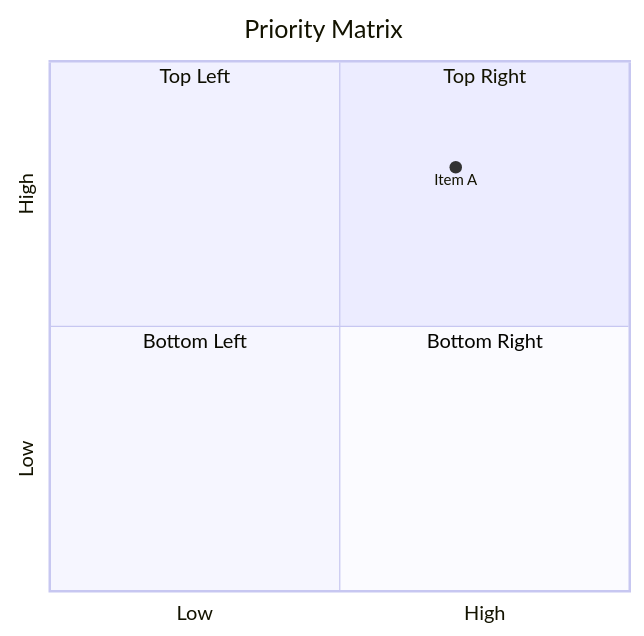
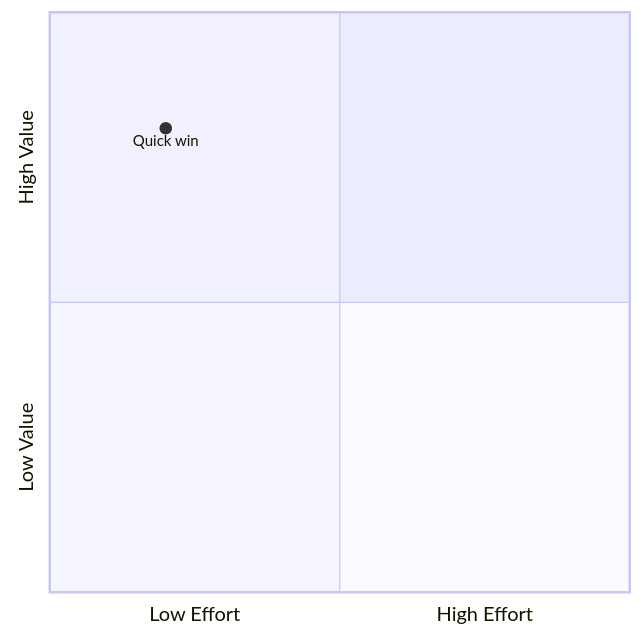
Before and after one commit to narumiruna/agent-skills: the fifth of 9 diagrams in skills/creating-mermaid-diagrams/references/other-types.md, drawn with Mermaid. The commit also changed other lines of this file and 92 other files, not shown here.

````diff
--- a/skills/creating-mermaid-diagrams/references/other-types.md
+++ b/skills/creating-mermaid-diagrams/references/other-types.md
@@ -90,12 +59,6 @@
 ```mermaid
 quadrantChart
-    title Priority Matrix
-    x-axis Low --> High
-    y-axis Low --> High
-    quadrant-1 Top Right
-    quadrant-2 Top Left
-    quadrant-3 Bottom Left
-    quadrant-4 Bottom Right
-
-    Item A: [0.7, 0.8]
+    x-axis Low Effort --> High Effort
+    y-axis Low Value --> High Value
+    Quick win: [0.2, 0.8]
 ```
````
